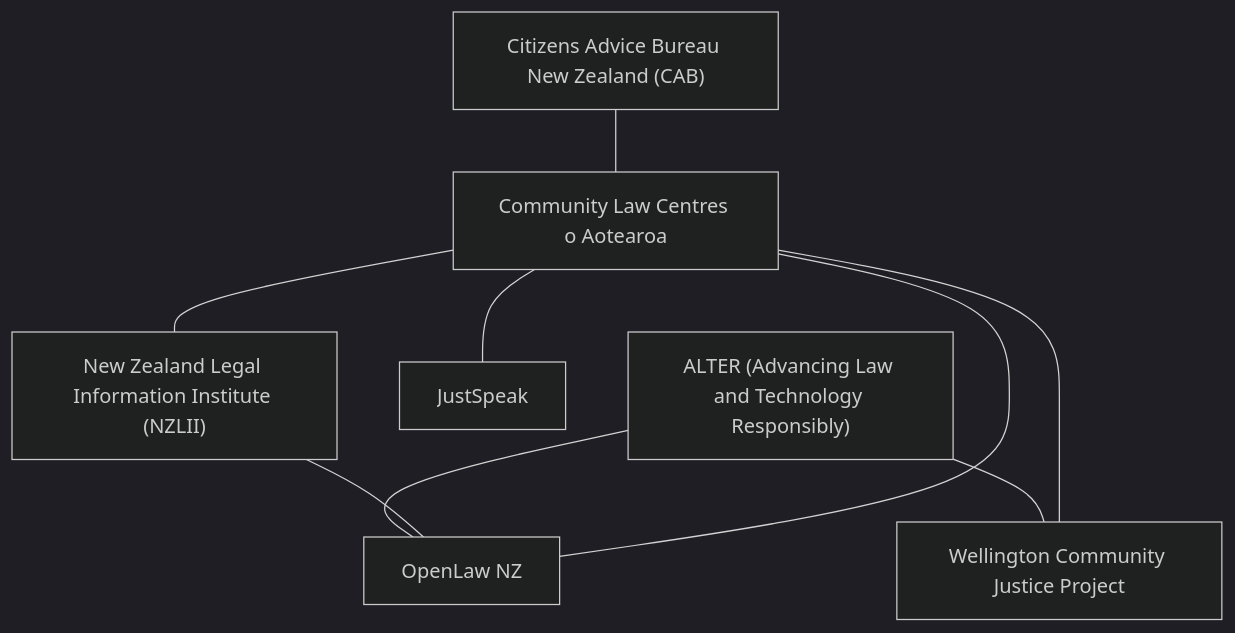
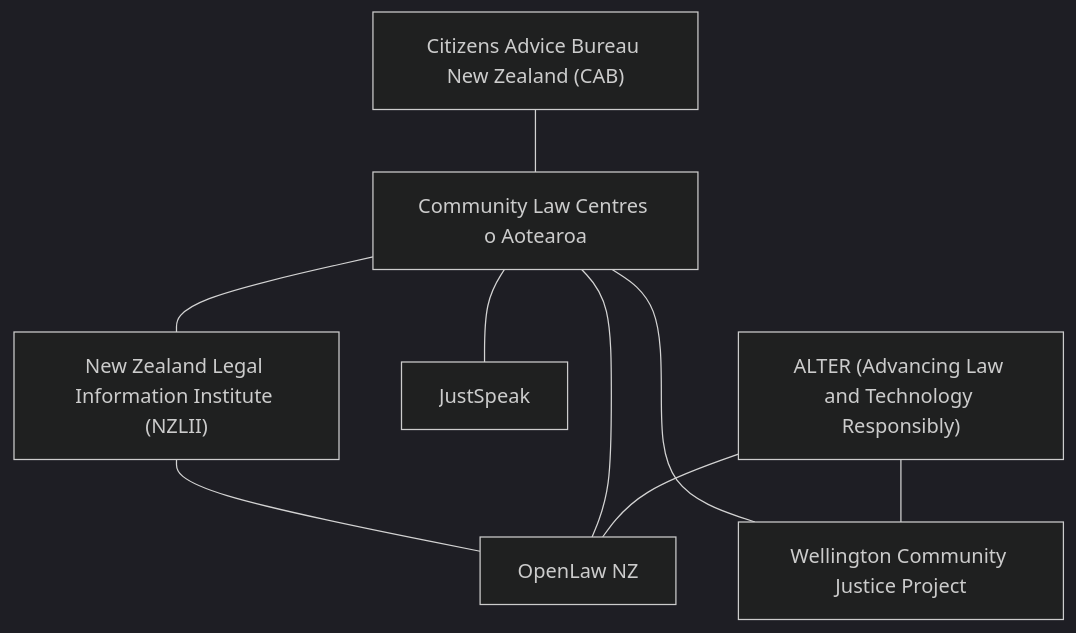
One commit to olitreadwell/nz-tech-for-good changed the fourth of 21 diagrams in GUIDE.md. Above: the diagram before and after it, drawn with Mermaid (dark theme). The commit also changed other lines of this file and 1 other file, not shown here.

````diff
--- a/GUIDE.md
+++ b/GUIDE.md
@@ -132,18 +132,18 @@
 ```mermaid
 flowchart TD
     n_ALTERAdvancingLawandTech["ALTER (Advancing Law and Technology Responsibly)"]
     n_CitizensAdviceBureauNewZ["Citizens Advice Bureau New Zealand (CAB)"]
     n_CommunityLawCentresoAote["Community Law Centres o Aotearoa"]
     n_JustSpeak["JustSpeak"]
     n_NewZealandLegalInformati["New Zealand Legal Information Institute (NZLII)"]
     n_OpenLawNZ["OpenLaw NZ"]
     n_WellingtonCommunityJusti["Wellington Community Justice Project"]
+    n_ALTERAdvancingLawandTech --- n_OpenLawNZ
+    n_ALTERAdvancingLawandTech --- n_WellingtonCommunityJusti
+    n_CitizensAdviceBureauNewZ --- n_CommunityLawCentresoAote
+    n_CommunityLawCentresoAote --- n_JustSpeak
     n_CommunityLawCentresoAote --- n_NewZealandLegalInformati
-    n_ALTERAdvancingLawandTech --- n_WellingtonCommunityJusti
-    n_ALTERAdvancingLawandTech --- n_OpenLawNZ
-    n_CitizensAdviceBureauNewZ --- n_CommunityLawCentresoAote
+    n_CommunityLawCentresoAote --- n_OpenLawNZ
+    n_CommunityLawCentresoAote --- n_WellingtonCommunityJusti
     n_NewZealandLegalInformati --- n_OpenLawNZ
-    n_CommunityLawCentresoAote --- n_WellingtonCommunityJusti
-    n_CommunityLawCentresoAote --- n_OpenLawNZ
-    n_CommunityLawCentresoAote --- n_JustSpeak
 ```
````
